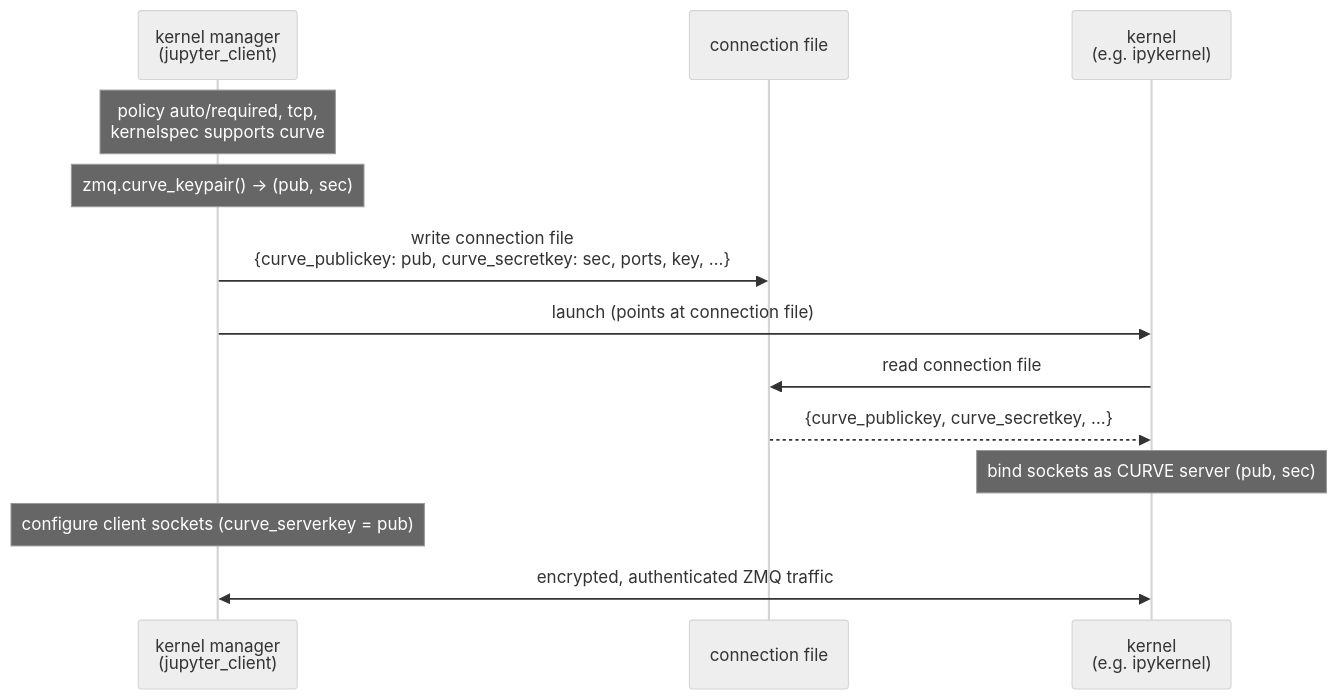
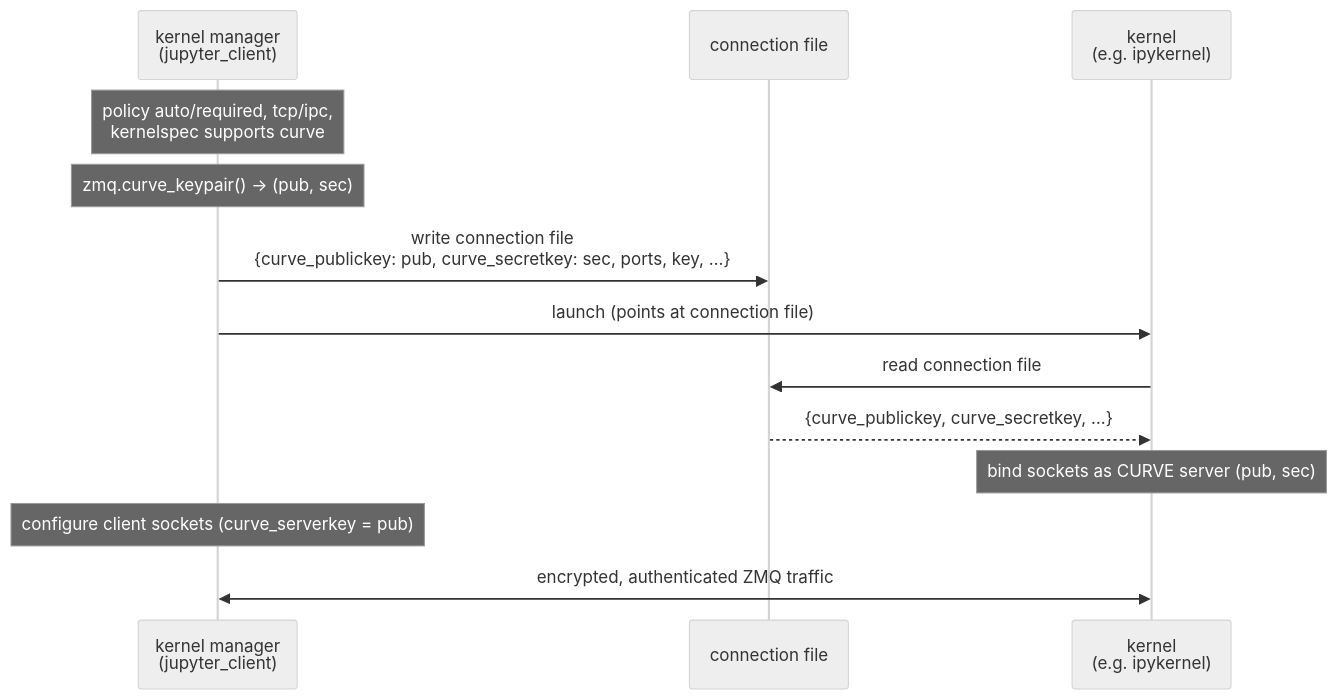
Before and after one commit to jupyter/enhancement-proposals: the diagram in 145-transport-encryption/transport-encryption.md, drawn with Mermaid (neutral theme). The commit also changed other lines of this file, not shown here.

Commit message:
Extend the proposal to allow applying the encryption to IPC as well

````diff
--- a/145-transport-encryption/transport-encryption.md
+++ b/145-transport-encryption/transport-encryption.md
@@ -82,15 +82,15 @@
 ```mermaid
 sequenceDiagram
     participant M as kernel manager<br/>(jupyter_client)
     participant FS as connection file
     participant K as kernel<br/>(e.g. ipykernel)
-    note over M: policy auto/required, tcp,<br/>kernelspec supports curve
+    note over M: policy auto/required, tcp/ipc,<br/>kernelspec supports curve
     note over M: zmq.curve_keypair() → (pub, sec)
     M->>FS: write connection file<br/>{curve_publickey: pub, curve_secretkey: sec, ports, key, …}
     M->>K: launch (points at connection file)
     K->>FS: read connection file
     FS-->>K: {curve_publickey, curve_secretkey, …}
     note over K: bind sockets as CURVE server (pub, sec)
     note over M: configure client sockets (curve_serverkey = pub)
     M<<->>K: encrypted, authenticated ZMQ traffic
 ```
````
